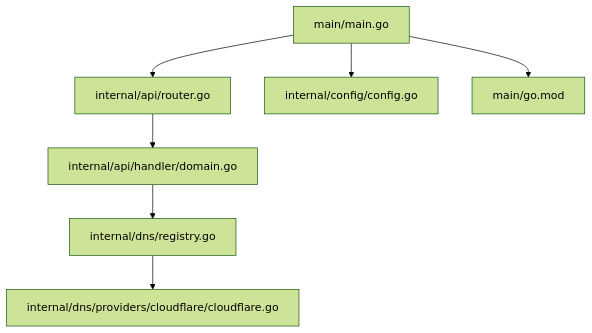
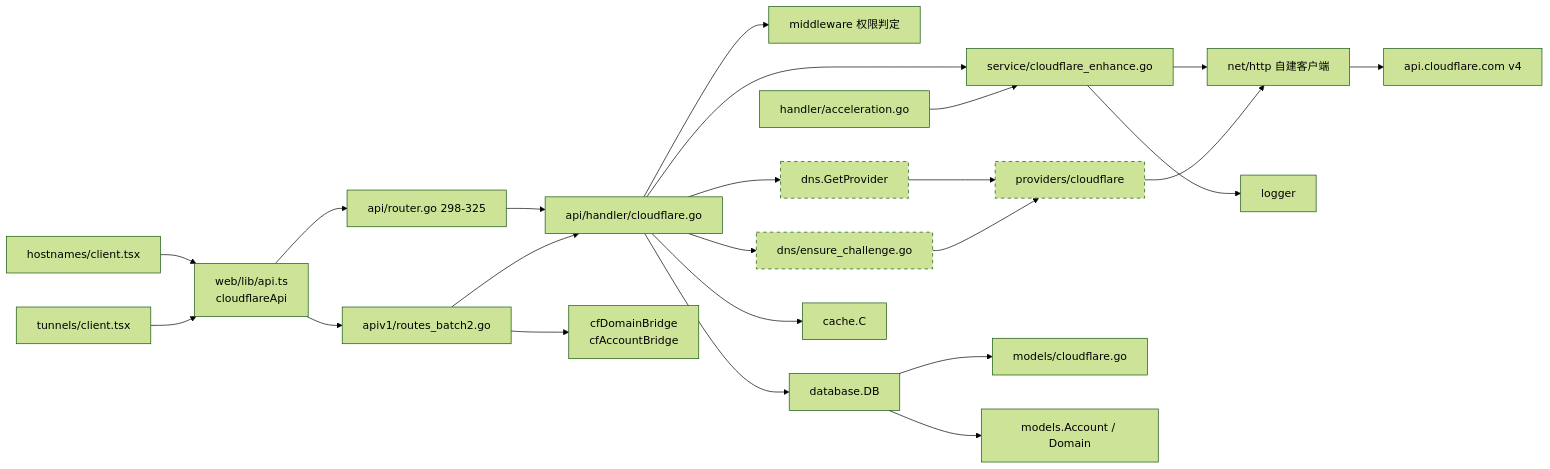
Before and after one commit to x01n/dnsplane: the fourth of 4 diagrams in docs/DNS管理功能/支持的DNS服务商/Cloudflare DNS.md, drawn with Mermaid (forest theme). The commit also changed other lines of this file and 326 other files, not shown here.

````diff
--- a/docs/DNS管理功能/支持的DNS服务商/Cloudflare DNS.md
+++ b/docs/DNS管理功能/支持的DNS服务商/Cloudflare DNS.md
@@ -270,9 +532,28 @@
 ```mermaid
-graph TB
-M["main/main.go"] --> R["internal/api/router.go"]
-M --> C["internal/config/config.go"]
-R --> H["internal/api/handler/domain.go"]
-H --> REG["internal/dns/registry.go"]
-REG --> P["internal/dns/providers/cloudflare/cloudflare.go"]
-M --> GO["main/go.mod"]
+graph LR
+    FE1["hostnames/client.tsx"] --> API["web/lib/api.ts<br/>cloudflareApi"]
+    FE2["tunnels/client.tsx"] --> API
+    API --> RT["api/router.go 298-325"]
+    API --> V1["apiv1/routes_batch2.go"]
+    RT --> HD["api/handler/cloudflare.go"]
+    V1 --> HD
+    V1 --> BR["cfDomainBridge<br/>cfAccountBridge"]
+    HD --> MW["middleware 权限判定"]
+    HD --> ES["service/cloudflare_enhance.go"]
+    ACC["handler/acceleration.go"] --> ES
+    HD --> DG["dns.GetProvider"]
+    DG --> PV["providers/cloudflare"]
+    HD --> EN["dns/ensure_challenge.go"]
+    EN --> PV
+    ES --> HT["net/http 自建客户端"]
+    PV --> HT
+    HT --> CF["api.cloudflare.com v4"]
+    HD --> DB["database.DB"]
+    DB --> MD["models/cloudflare.go"]
+    DB --> MD2["models.Account / Domain"]
+    HD --> CA["cache.C"]
+    ES --> LG["logger"]
+
+    classDef trackA stroke-dasharray: 5 5
+    class PV,DG,EN trackA
 ```
````
